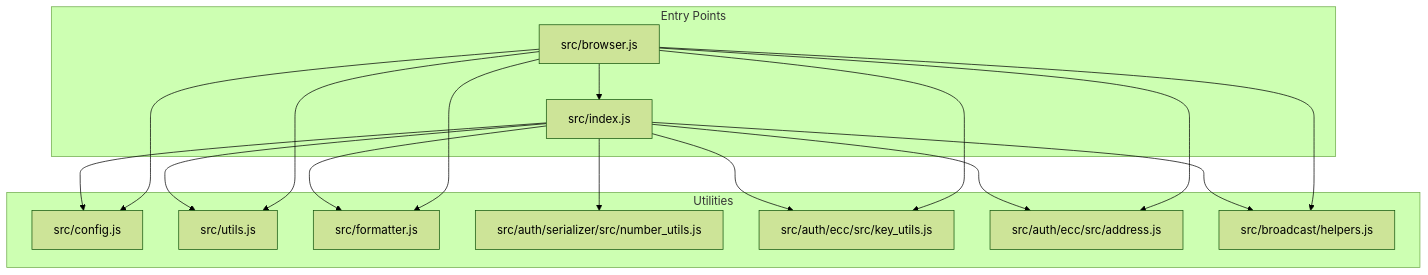
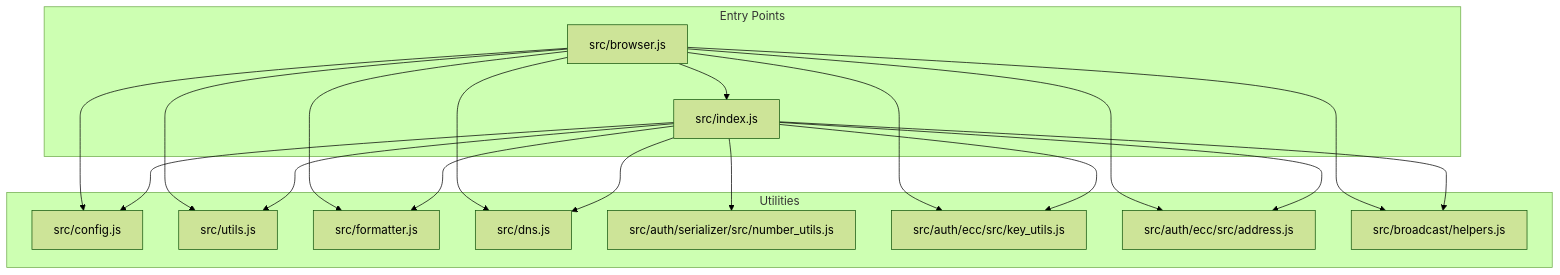
The first of 11 diagrams in .qoder/repowiki/en/content/Utilities & Helpers.md (VIZ-Blockchain/viz-js-lib), drawn with Mermaid (forest theme) before and after one commit. The commit also changed other lines of this file and 2 other files, not shown here.

First line of the commit message:
feat(dns): add comprehensive DNS nameserver module and tests

````diff
--- a/.qoder/repowiki/en/content/Utilities & Helpers.md
+++ b/.qoder/repowiki/en/content/Utilities & Helpers.md
@@ -49,30 +62,33 @@
 ```mermaid
 graph TB
 subgraph "Entry Points"
 IDX["src/index.js"]
 BRW["src/browser.js"]
 end
 subgraph "Utilities"
 CFG["src/config.js"]
 UTL["src/utils.js"]
 FMT["src/formatter.js"]
+DNS["src/dns.js"]
 NMB["src/auth/serializer/src/number_utils.js"]
 KEY["src/auth/ecc/src/key_utils.js"]
 ADH["src/auth/ecc/src/address.js"]
 BHL["src/broadcast/helpers.js"]
 end
 IDX --> CFG
 IDX --> UTL
 IDX --> FMT
+IDX --> DNS
 IDX --> NMB
 IDX --> KEY
 IDX --> ADH
 IDX --> BHL
 BRW --> IDX
 BRW --> CFG
 BRW --> UTL
 BRW --> FMT
+BRW --> DNS
 BRW --> KEY
 BRW --> ADH
 BRW --> BHL
 ```
````
